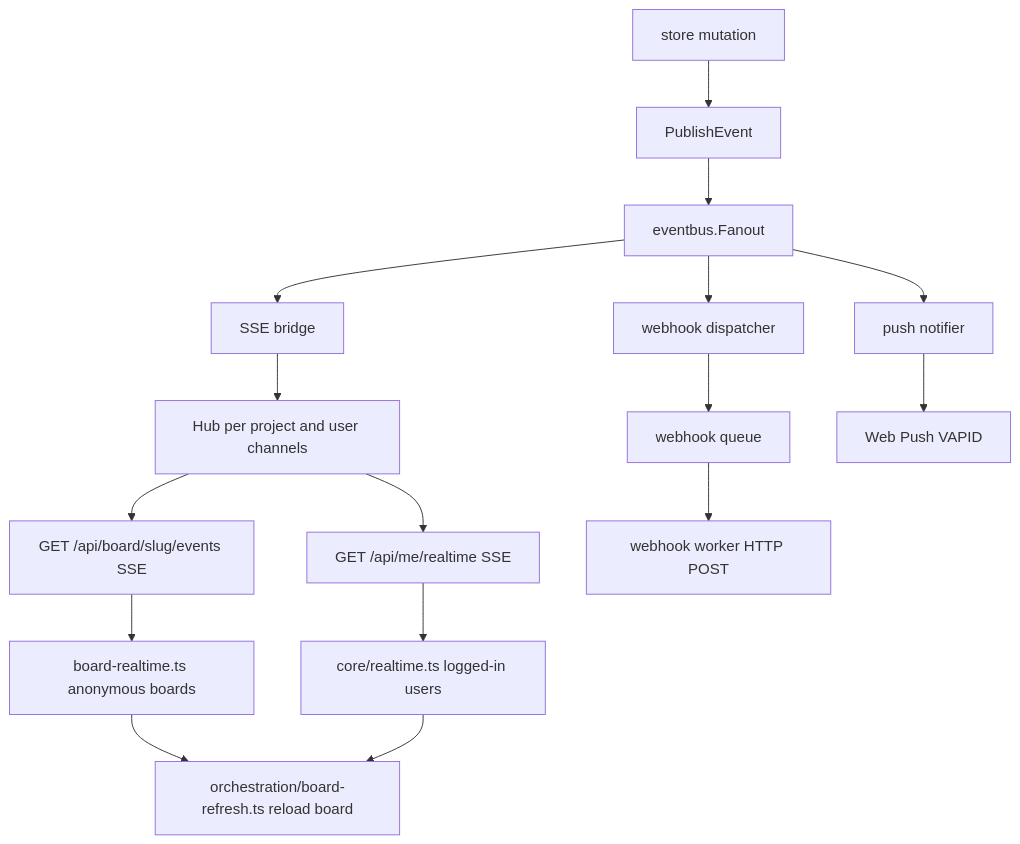
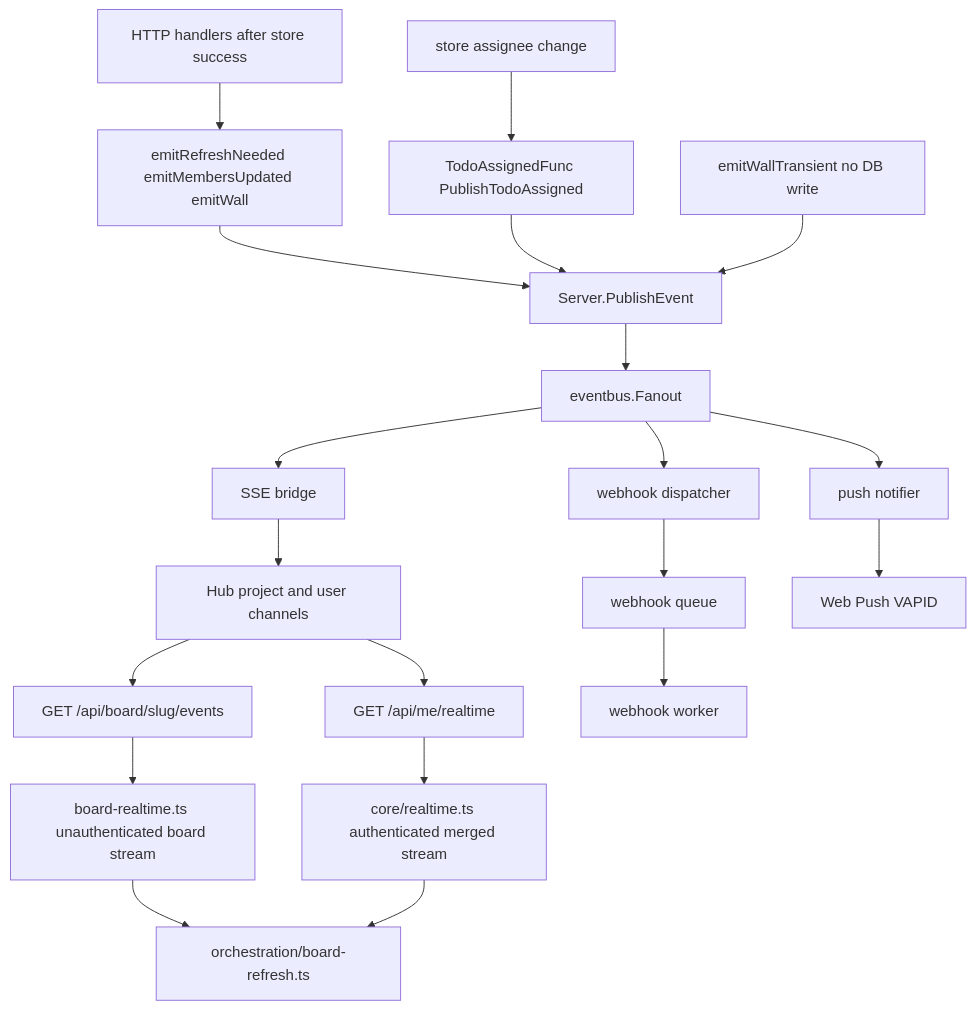
The diagram in docs/diagrams/scrumboy_realtime_events.md (bhardwajRahul/scrumboy), drawn with Mermaid before and after one commit. The commit also changed other lines of this file and 38 other files, not shown here.

````diff
--- a/docs/diagrams/scrumboy_realtime_events.md
+++ b/docs/diagrams/scrumboy_realtime_events.md
@@ -5,24 +5,32 @@
 ```mermaid
 flowchart TB
-  Mut[store mutation]
-  Pub[PublishEvent]
+  Handler[HTTP handlers after store success]
+  Emit["emitRefreshNeeded emitMembersUpdated emitWall"]
+  Pub[Server.PublishEvent]
   Fan[eventbus.Fanout]
 
-  Mut --> Pub --> Fan
+  Handler --> Emit --> Pub --> Fan
+
+  AssignStore[store assignee change]
+  CB["TodoAssignedFunc PublishTodoAssigned"]
+  AssignStore --> CB --> Pub
+
+  Transient["emitWallTransient no DB write"]
+  Transient --> Pub
+
   Fan --> Bridge[SSE bridge]
   Fan --> WHDisp[webhook dispatcher]
   Fan --> PushN[push notifier]
 
-  Bridge --> Hub[Hub per project and user channels]
-  Hub --> BoardSSE["GET /api/board/slug/events SSE"]
-  Hub --> UserSSE["GET /api/me/realtime SSE"]
-  BoardSSE --> AnonClient[board-realtime.ts anonymous boards]
-  UserSSE --> LoggedClient[core/realtime.ts logged-in users]
-  AnonClient --> Refresh[orchestration/board-refresh.ts reload board]
+  Bridge --> Hub[Hub project and user channels]
+  Hub --> BoardSSE["GET /api/board/slug/events"]
+  Hub --> UserSSE["GET /api/me/realtime"]
+  BoardSSE --> BoardClient[board-realtime.ts unauthenticated board stream]
+  UserSSE --> LoggedClient[core/realtime.ts authenticated merged stream]
+  BoardClient --> Refresh[orchestration/board-refresh.ts]
   LoggedClient --> Refresh
 
   WHDisp --> Queue[webhook queue]
-  Queue --> Worker[webhook worker HTTP POST]
-
+  Queue --> Worker[webhook worker]
   PushN --> VAPID[Web Push VAPID]
 ```
````
